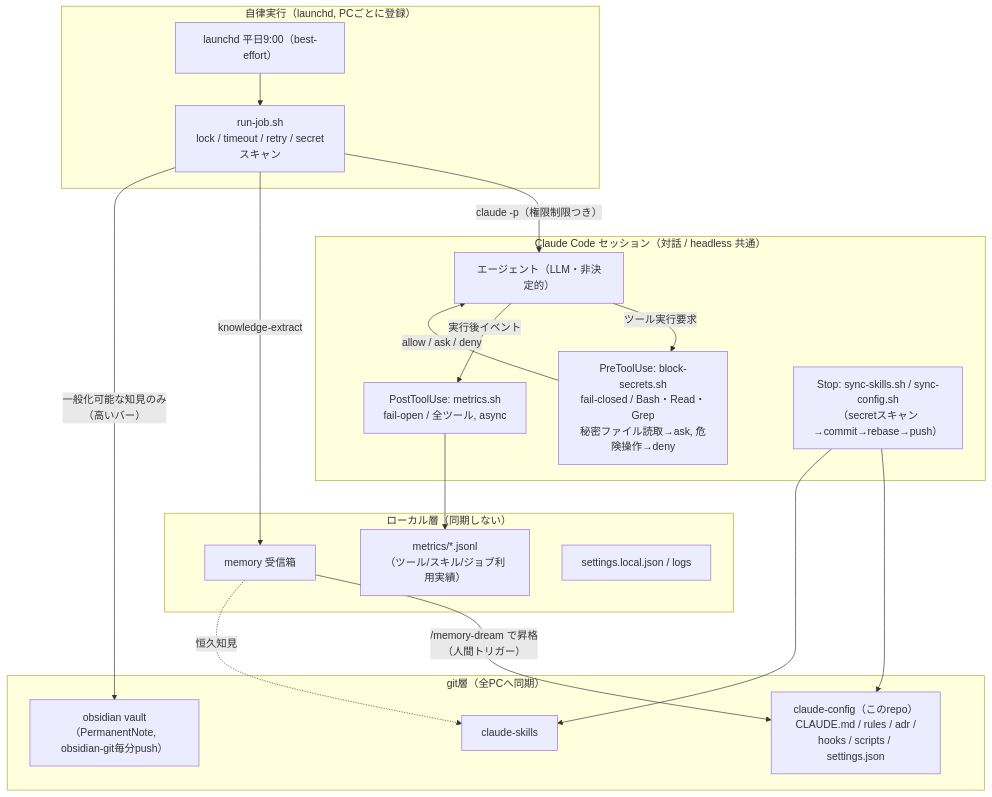
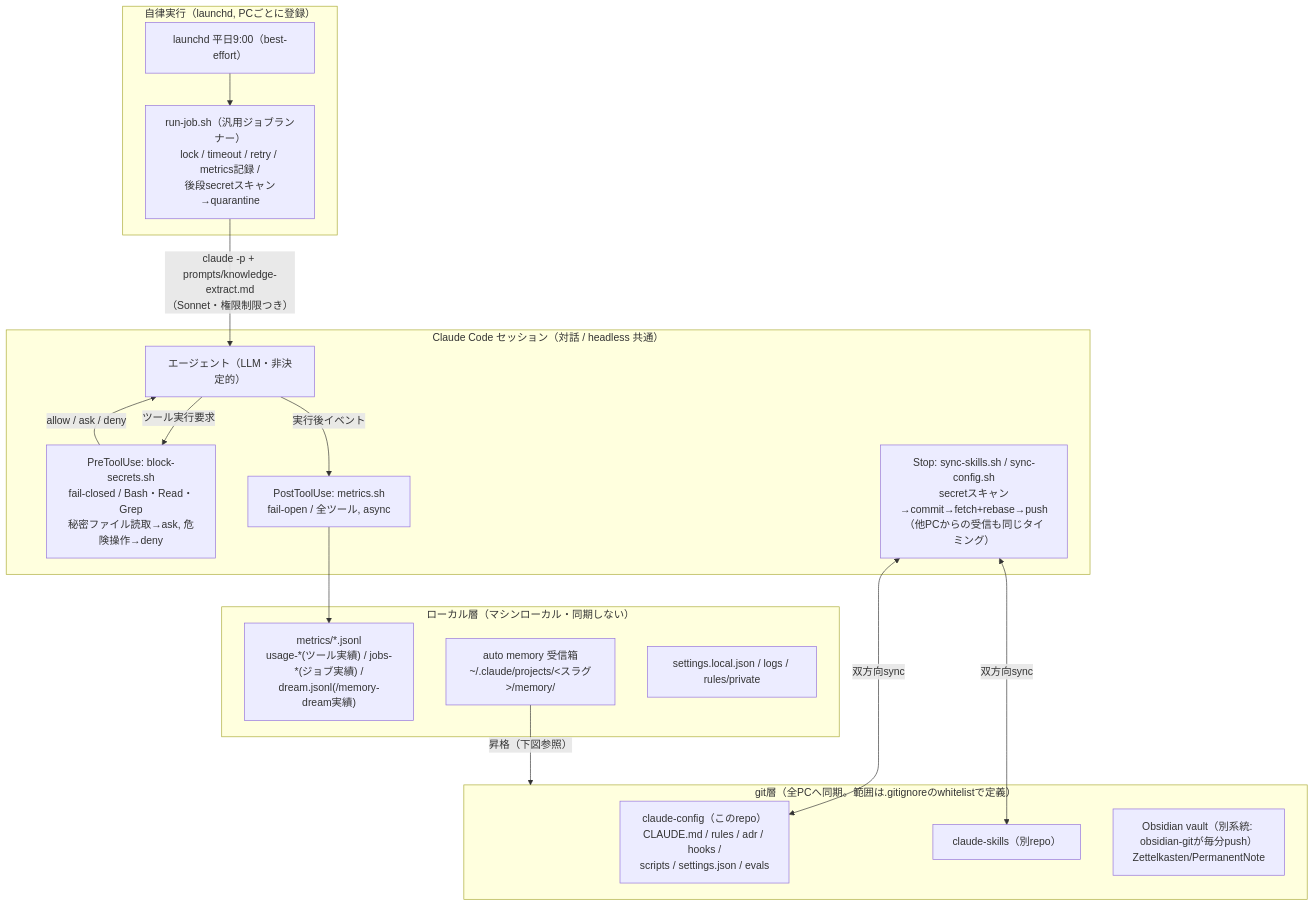
One commit to mormorbump/claude-config changed the first of 4 diagrams in README.md. Above: the diagram before and after it, drawn with Mermaid. The commit also changed other lines of this file, not shown here.

First line of the commit message:
chore: auto-sync config

````diff
--- a/README.md
+++ b/README.md
@@ -47,39 +53,36 @@
 ```mermaid
 graph TB
     subgraph runtime["Claude Code セッション（対話 / headless 共通）"]
         agent["エージェント（LLM・非決定的）"]
         pre["PreToolUse: block-secrets.sh<br/>fail-closed / Bash・Read・Grep<br/>秘密ファイル読取→ask, 危険操作→deny"]
         post["PostToolUse: metrics.sh<br/>fail-open / 全ツール, async"]
-        stop["Stop: sync-skills.sh / sync-config.sh<br/>（secretスキャン→commit→rebase→push）"]
+        stop["Stop: sync-skills.sh / sync-config.sh<br/>secretスキャン→commit→fetch+rebase→push<br/>（他PCからの受信も同じタイミング）"]
         agent -->|ツール実行要求| pre
         pre -->|allow / ask / deny| agent
         agent -->|実行後イベント| post
     end
 
-    subgraph gitlayer["git層（全PCへ同期）"]
-        config["claude-config（このrepo）<br/>CLAUDE.md / rules / adr /<br/>hooks / scripts / settings.json"]
-        skills["claude-skills"]
-        vault["obsidian vault<br/>（PermanentNote, obsidian-git毎分push）"]
+    subgraph gitlayer["git層（全PCへ同期。範囲は.gitignoreのwhitelistで定義）"]
+        config["claude-config（このrepo）<br/>CLAUDE.md / rules / adr / hooks /<br/>scripts / settings.json / evals"]
+        skills["claude-skills（別repo）"]
+        vault["Obsidian vault（別系統: obsidian-gitが毎分push）<br/>Zettelkasten/PermanentNote"]
     end
 
-    subgraph local["ローカル層（同期しない）"]
-        metrics["metrics/*.jsonl<br/>（ツール/スキル/ジョブ利用実績）"]
-        memory["memory 受信箱"]
-        locals["settings.local.json / logs"]
+    subgraph local["ローカル層（マシンローカル・同期しない）"]
+        metrics["metrics/*.jsonl<br/>usage-*(ツール実績) / jobs-*(ジョブ実績) /<br/>dream.jsonl(/memory-dream実績)"]
+        memory["auto memory 受信箱<br/>~/.claude/projects/&lt;スラグ&gt;/memory/"]
+        locals["settings.local.json / logs / rules/private"]
     end
 
     subgraph autonomous["自律実行（launchd, PCごとに登録）"]
         launchd["launchd 平日9:00（best-effort）"]
-        runner["run-job.sh<br/>lock / timeout / retry / secretスキャン"]
+        runner["run-job.sh（汎用ジョブランナー）<br/>lock / timeout / retry / metrics記録 /<br/>後段secretスキャン→quarantine"]
         launchd --> runner
-        runner -->|"claude -p（権限制限つき）"| agent
+        runner -->|"claude -p + prompts/knowledge-extract.md<br/>（Sonnet・権限制限つき）"| agent
     end
 
     post --> metrics
-    stop --> config
-    stop --> skills
-    runner -->|knowledge-extract| memory
-    runner -->|一般化可能な知見のみ<br/>（高いバー）| vault
-    memory -->|"/memory-dream で昇格<br/>（人間トリガー）"| config
-    memory -.->|恒久知見| skills
+    stop <-->|双方向sync| config
+    stop <-->|双方向sync| skills
+    memory -->|"昇格（下図参照）"| gitlayer
 ```
````
